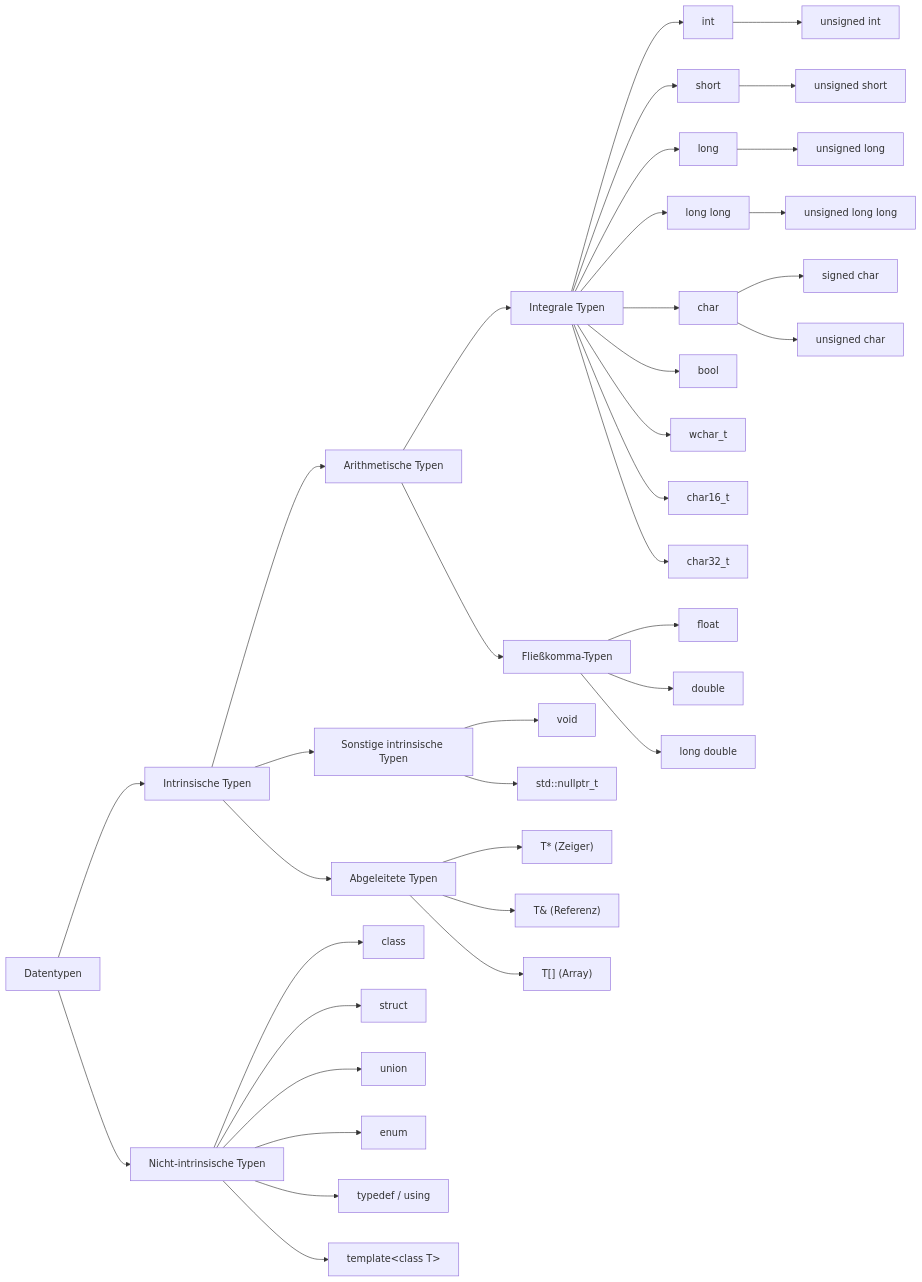
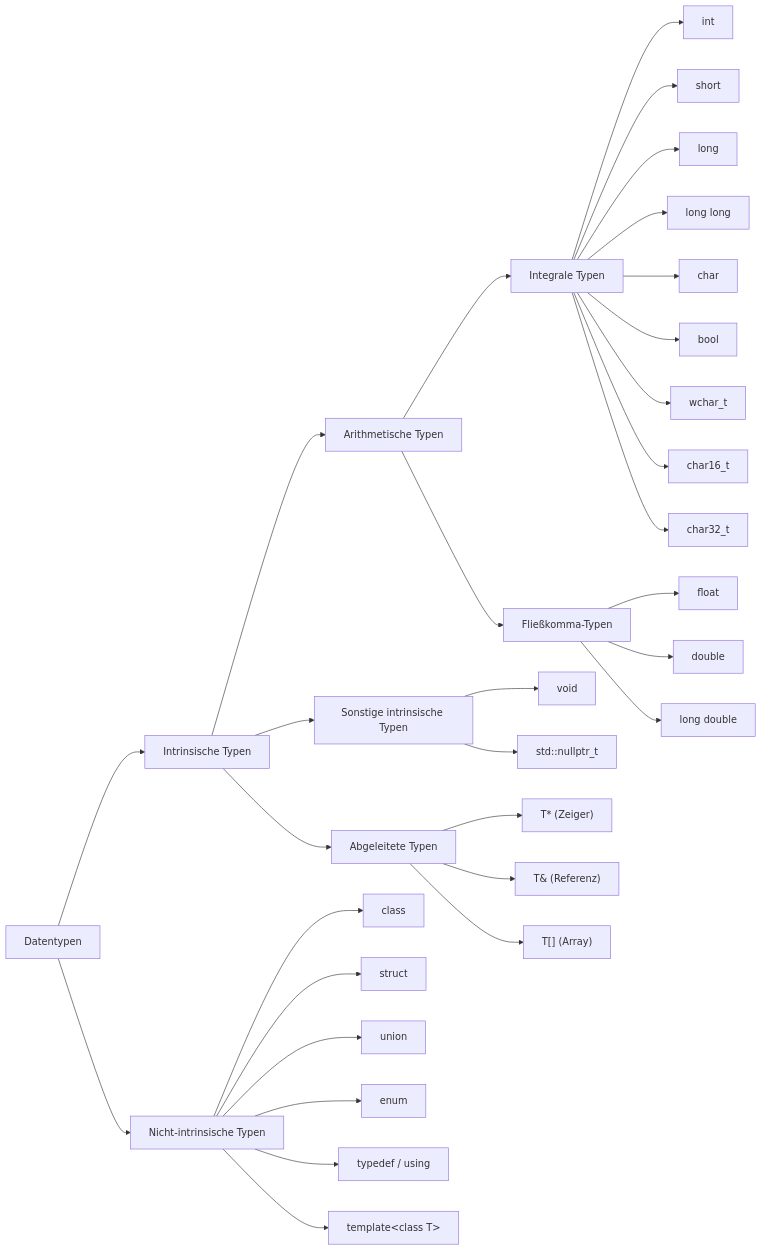
One commit to kuchapo/UNYKAD changed the diagram in docs/Software Development/C++/datentypen.md. Above: the diagram before and after it, drawn with Mermaid. The commit also changed other lines of this file, not shown here.

Commit message:
made the structure of the datatypes more clear

````diff
--- a/docs/Software Development/C++/datentypen.md
+++ b/docs/Software Development/C++/datentypen.md
@@ -3,71 +3,60 @@
 ```mermaid
 graph LR
     A[Datentypen]
 
     %% Hauptaufteilung
     A1[Intrinsische Typen]
     A2[Nicht-intrinsische Typen]
 
     A --> A1
     A --> A2
 
     %% Intrinsische Typen
     A1a[Arithmetische Typen]
     A1b[Sonstige intrinsische Typen]
     A1c[Abgeleitete Typen]
 
     A1 --> A1a
     A1 --> A1b
     A1 --> A1c
 
     %% Arithmetische Untertypen
     A1a1[Integrale Typen]
     A1a2[Fließkomma-Typen]
 
     A1a --> A1a1
     A1a --> A1a2
 
-    %% Integrale Typen vollständig
+    %% Integrale Typen
     A1a1 --> I1[int]
-    I1 --> I5[unsigned int]
-
     A1a1 --> I2[short]
-    I2 --> I6[unsigned short]
-
     A1a1 --> I3[long]
-    I3 --> I7[unsigned long]
-
     A1a1 --> I4[long long]
-    I4 --> I8[unsigned long long]
-
-    A1a1 --> I9[char]
-    I9 --> I10[signed char]
-    I9 --> I11[unsigned char]
-
-    A1a1 --> I12[bool]
-    A1a1 --> I13[wchar_t]
-    A1a1 --> I14[char16_t]
-    A1a1 --> I15[char32_t]
+    A1a1 --> I5[char]
+    A1a1 --> I6[bool]
+    A1a1 --> I7[wchar_t]
+    A1a1 --> I8[char16_t]
+    A1a1 --> I9[char32_t]
 
     %% Fließkomma-Typen
     A1a2 --> F1[float]
     A1a2 --> F2[double]
     A1a2 --> F3[long double]
 
     %% Weitere intrinsische Typen
     A1b --> B1[void]
     A1b --> B2[std::nullptr_t]
 
     %% Abgeleitete Typen
     A1c --> D1["T* (Zeiger)"]
     A1c --> D2["T& (Referenz)"]
     A1c --> D3["T[] (Array)"]
 
     %% Nicht-intrinsische Typen
     A2 --> U1[class]
     A2 --> U2[struct]
     A2 --> U3[union]
     A2 --> U4[enum]
     A2 --> U5[typedef / using]
     A2 --> U6["template&lt;class T&gt;"]
 ```
````
